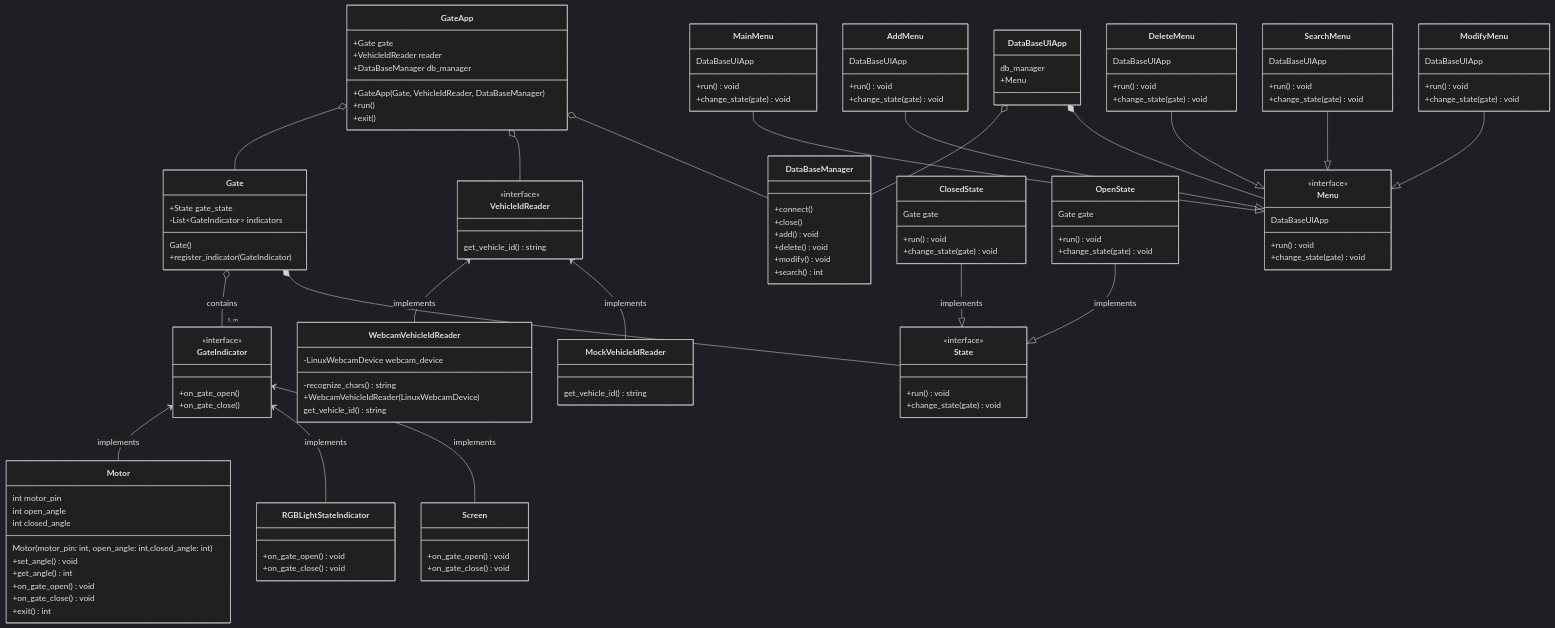
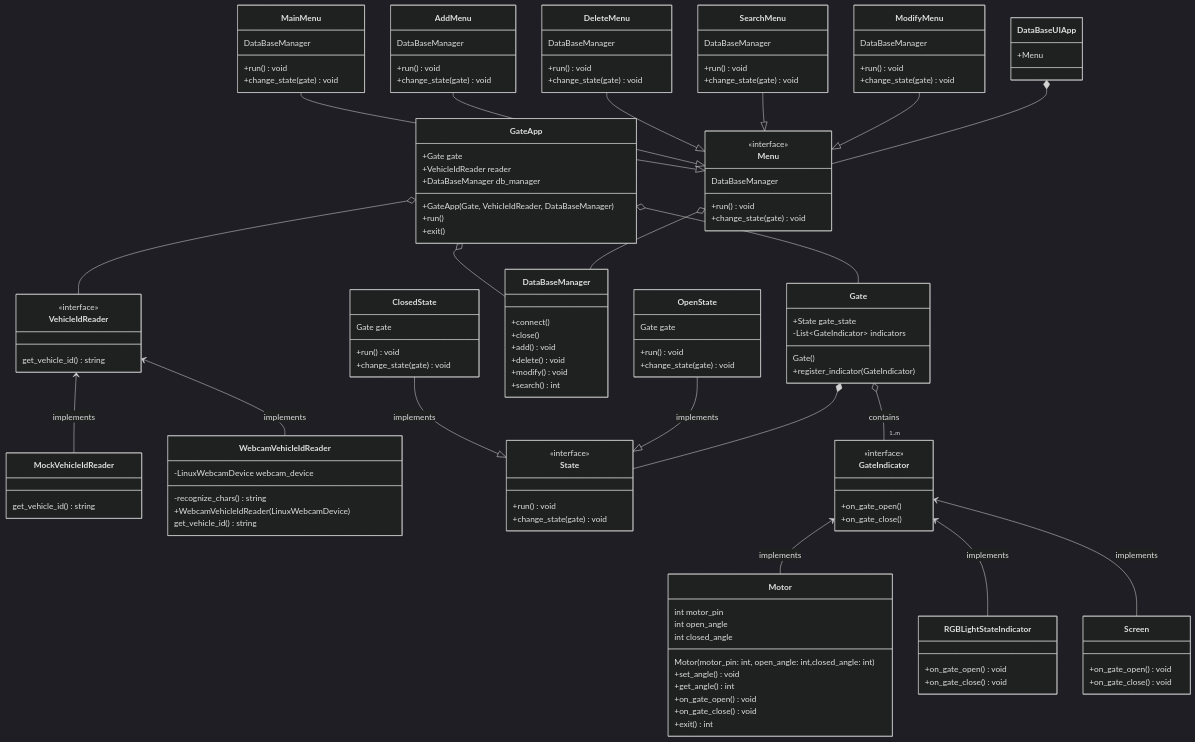
One commit to Xiaoyang-Lyu/y2_project changed the first of 3 diagrams in software_structure.md. Above: the diagram before and after it, drawn with Mermaid (dark theme).

Commit message:
UI structure update

```diff
--- a/software_structure.md
+++ b/software_structure.md
@@ -115,42 +115,42 @@
 
 
 class DataBaseUIApp{
-    db_manager
     +Menu
 }
 
-DataBaseUIApp o-- DataBaseManager
+Menu o-- DataBaseManager
 class Menu{
     <<interface>>
-    DataBaseUIApp
+    DataBaseManager
     +run() void
     +change_state(gate) void
 }
 
 class MainMenu{
-    DataBaseUIApp
+    DataBaseManager
     +run() void
     +change_state(gate) void
 }
 
 
 class AddMenu{
-    DataBaseUIApp
+    DataBaseManager
     +run() void
     +change_state(gate) void
 }
 class DeleteMenu{
-    DataBaseUIApp
+    DataBaseManager
     +run() void
     +change_state(gate) void
 }
 class SearchMenu{
-    DataBaseUIApp
+    DataBaseManager
     +run() void
     +change_state(gate) void
 }
+
 class ModifyMenu{
-    DataBaseUIApp
+    DataBaseManager
     +run() void
     +change_state(gate) void
 }
```
